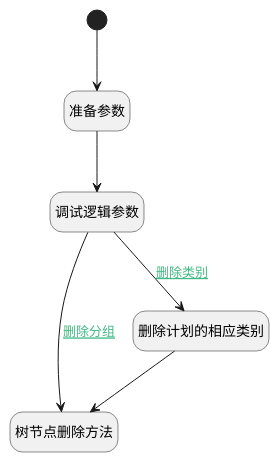
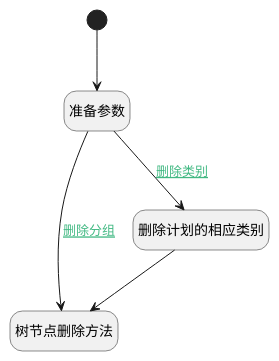
Before and after one commit to iBizLab/plm: the diagram in doc/docsify/module/ProjMgmt/release/uilogic/remove_section_or_category.md, drawn with PlantUML. The commit also changed other lines of this file and 1068 other files, not shown here.

````diff
--- a/doc/docsify/module/ProjMgmt/release/uilogic/remove_section_or_category.md
+++ b/doc/docsify/module/ProjMgmt/release/uilogic/remove_section_or_category.md
@@ -7,26 +7,24 @@
 ```plantuml
 @startuml
 hide footbox
 <style>
 root {
   HyperlinkColor #42b983
 }
 </style>
 
 hide empty description
 state "开始" as Begin <<start>> [[$./remove_section_or_category#begin {开始}]]
+state "准备参数" as PREPAREJSPARAM1  [[$./remove_section_or_category#preparejsparam1 {准备参数}]]
 state "树节点删除方法" as VIEWCTRLINVOKE1  [[$./remove_section_or_category#viewctrlinvoke1 {树节点删除方法}]]
-state "准备参数" as PREPAREJSPARAM1  [[$./remove_section_or_category#preparejsparam1 {准备参数}]]
 state "删除计划的相应类别" as DEACTION1  [[$./remove_section_or_category#deaction1 {删除计划的相应类别}]]
-state "调试逻辑参数" as DEBUGPARAM1  [[$./remove_section_or_category#debugparam1 {调试逻辑参数}]]
 
 
 Begin --> PREPAREJSPARAM1
-PREPAREJSPARAM1 --> DEBUGPARAM1
-DEBUGPARAM1 --> DEACTION1 : [[$./remove_section_or_category#debugparam1-deaction1{删除类别} 删除类别]]
+PREPAREJSPARAM1 --> DEACTION1 : [[$./remove_section_or_category#preparejsparam1-deaction1{删除类别} 删除类别]]
 DEACTION1 --> VIEWCTRLINVOKE1
-DEBUGPARAM1 --> VIEWCTRLINVOKE1 : [[$./remove_section_or_category#debugparam1-viewctrlinvoke1{删除分组} 删除分组]]
+PREPAREJSPARAM1 --> VIEWCTRLINVOKE1 : [[$./remove_section_or_category#preparejsparam1-viewctrlinvoke1{删除分组} 删除分组]]
 
 
 @enduml
 ```
````
